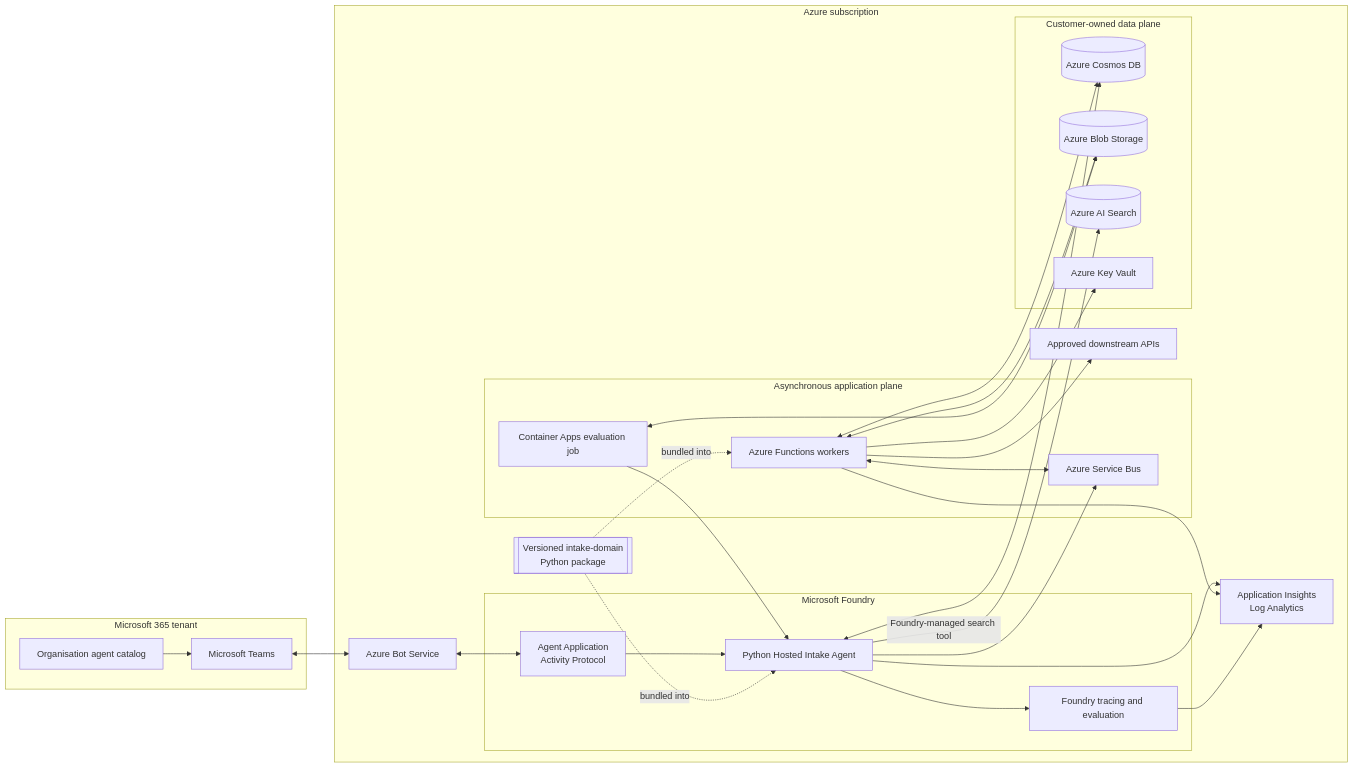
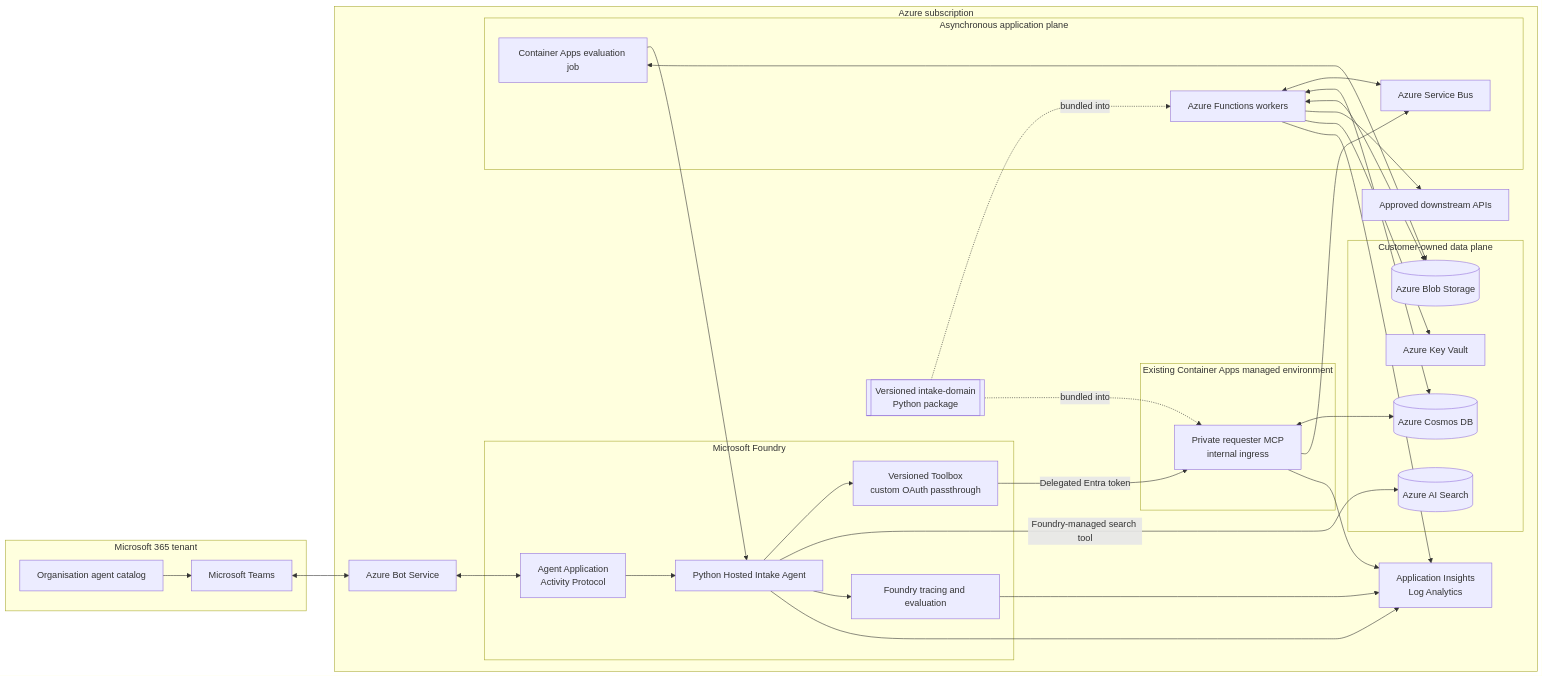
Before and after one commit to duongthaiha/intake-agent: the second of 12 diagrams in architecture.md, drawn with Mermaid. The commit also changed other lines of this file and 46 other files, not shown here.

Commit message:
feat: extract requester tools to private MCP service

````diff
--- a/architecture.md
+++ b/architecture.md
@@ -106,56 +106,64 @@
 ```mermaid
 flowchart LR
     subgraph M365["Microsoft 365 tenant"]
         Teams[Microsoft Teams]
         Catalog[Organisation agent catalog]
     end
 
     subgraph Azure["Azure subscription"]
         Bot[Azure Bot Service]
 
         subgraph Foundry["Microsoft Foundry"]
             App[Agent Application<br/>Activity Protocol]
             Agent[Python Hosted Intake Agent]
+            Toolbox[Versioned Toolbox<br/>custom OAuth passthrough]
             Eval[Foundry tracing and evaluation]
+        end
+
+        subgraph RequesterPlane["Existing Container Apps managed environment"]
+            MCP[Private requester MCP<br/>internal ingress]
         end
 
         subgraph AppPlane["Asynchronous application plane"]
             Bus[Azure Service Bus]
             Workers[Azure Functions workers]
             EvalJob[Container Apps evaluation job]
         end
 
         DomainPackage[[Versioned intake-domain<br/>Python package]]
 
         subgraph DataPlane["Customer-owned data plane"]
             Cosmos[(Azure Cosmos DB)]
             Blob[(Azure Blob Storage)]
             Search[(Azure AI Search)]
             Vault[Azure Key Vault]
         end
 
         Monitor[Application Insights<br/>Log Analytics]
         External[Approved downstream APIs]
     end
 
     Catalog --> Teams
     Teams <--> Bot
     Bot <--> App
     App --> Agent
+    Agent --> Toolbox
+    Toolbox -->|Delegated Entra token| MCP
     Agent -->|Foundry-managed search tool| Search
-    Agent <--> Cosmos
-    Agent --> Bus
-    DomainPackage -. bundled into .-> Agent
+    MCP <--> Cosmos
+    MCP --> Bus
+    DomainPackage -. bundled into .-> MCP
     DomainPackage -. bundled into .-> Workers
     Workers <--> Bus
     Workers <--> Cosmos
     Workers <--> Blob
     Workers --> External
     EvalJob --> Agent
     EvalJob <--> Blob
     Workers --> Vault
     Agent --> Eval
     Agent --> Monitor
+    MCP --> Monitor
     Workers --> Monitor
     Eval --> Monitor
 ```
````
